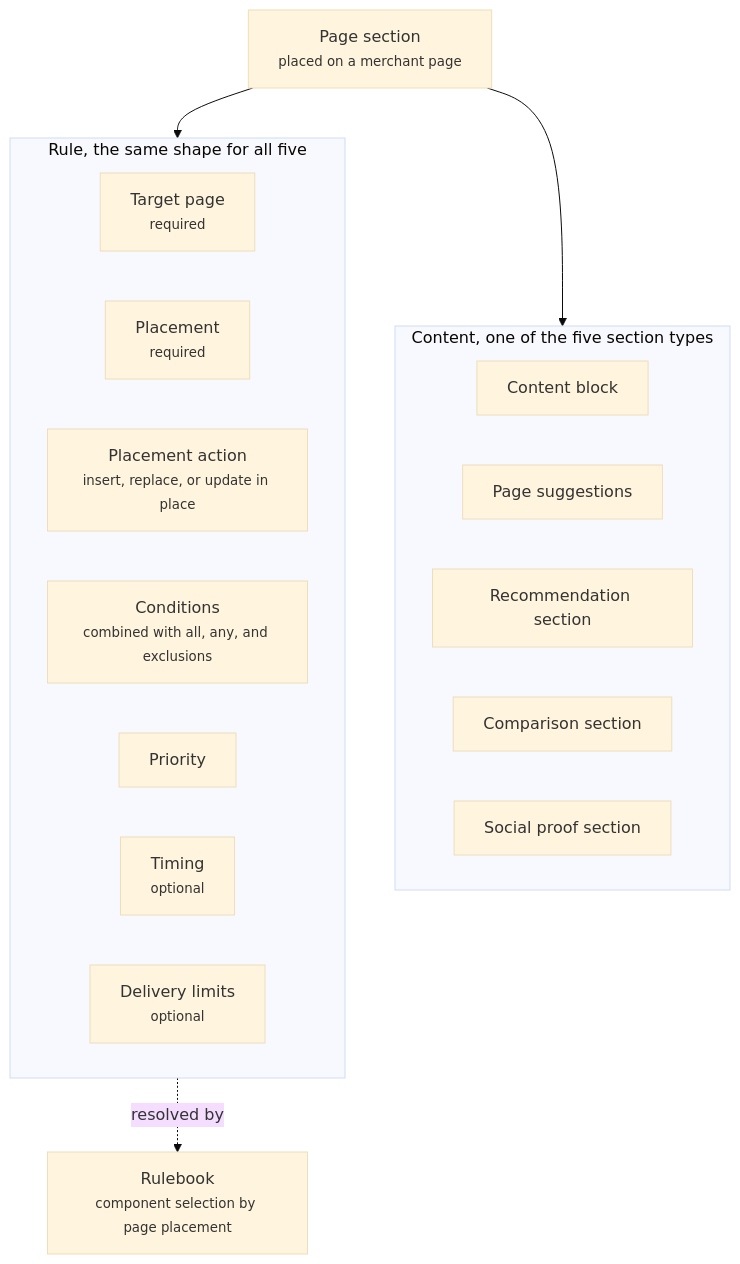
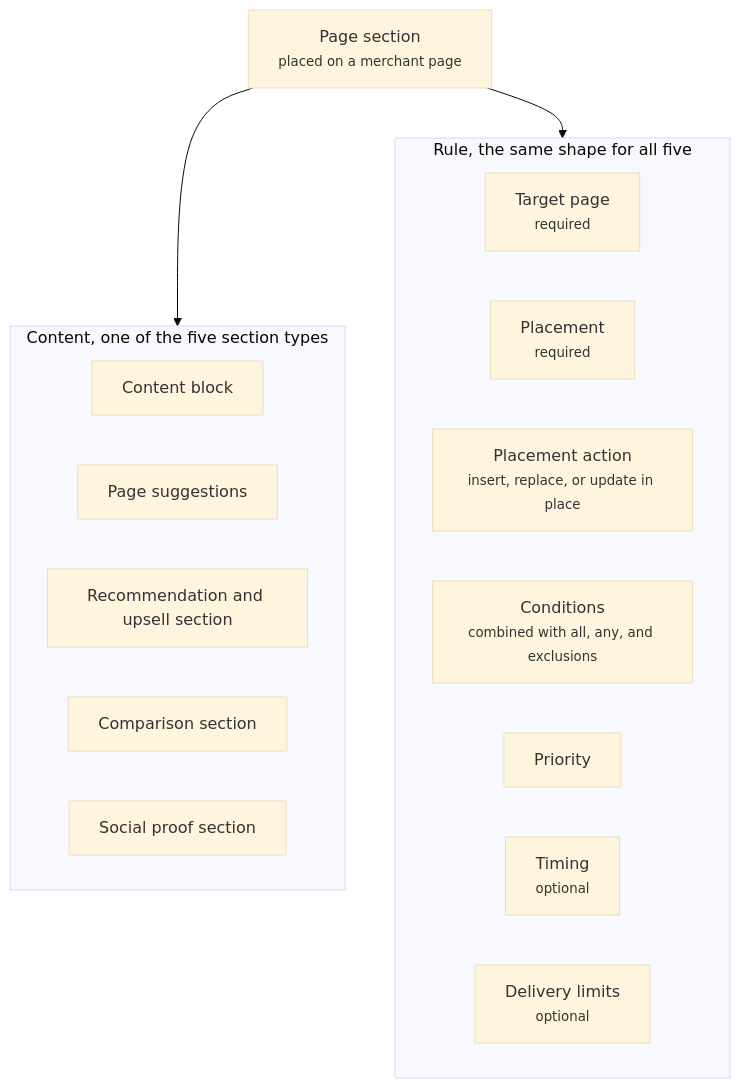
One commit to crossword-ai/docs changed the diagram in components/page/page-sections.mdx. Above: the diagram before and after it, drawn with Mermaid (base theme). The commit also changed other lines of this file and 89 other files, not shown here.

````diff
--- a/components/page/page-sections.mdx
+++ b/components/page/page-sections.mdx
@@ -22,24 +26,22 @@
 ```mermaid
 flowchart TB
   PSEC["Page section<br/><small>placed on a merchant page</small>"]
   PSEC --> CONTENT
   PSEC --> RULE
   subgraph CONTENT["Content, one of the five section types"]
     CB["Content block"]
     PS["Page suggestions"]
-    RS["Recommendation section"]
+    RS["Recommendation and upsell section"]
     CMP["Comparison section"]
     SP["Social proof section"]
   end
   subgraph RULE["Rule, the same shape for all five"]
     TP["Target page<br/><small>required</small>"]
     PL["Placement<br/><small>required</small>"]
     PA["Placement action<br/><small>insert, replace, or update in place</small>"]
     CO["Conditions<br/><small>combined with all, any, and exclusions</small>"]
     PR["Priority"]
     TI["Timing<br/><small>optional</small>"]
     DL["Delivery limits<br/><small>optional</small>"]
   end
-  RB["Rulebook<br/><small>component selection by page placement</small>"]
-  RULE -. "resolved by" .-> RB
 ```
````
